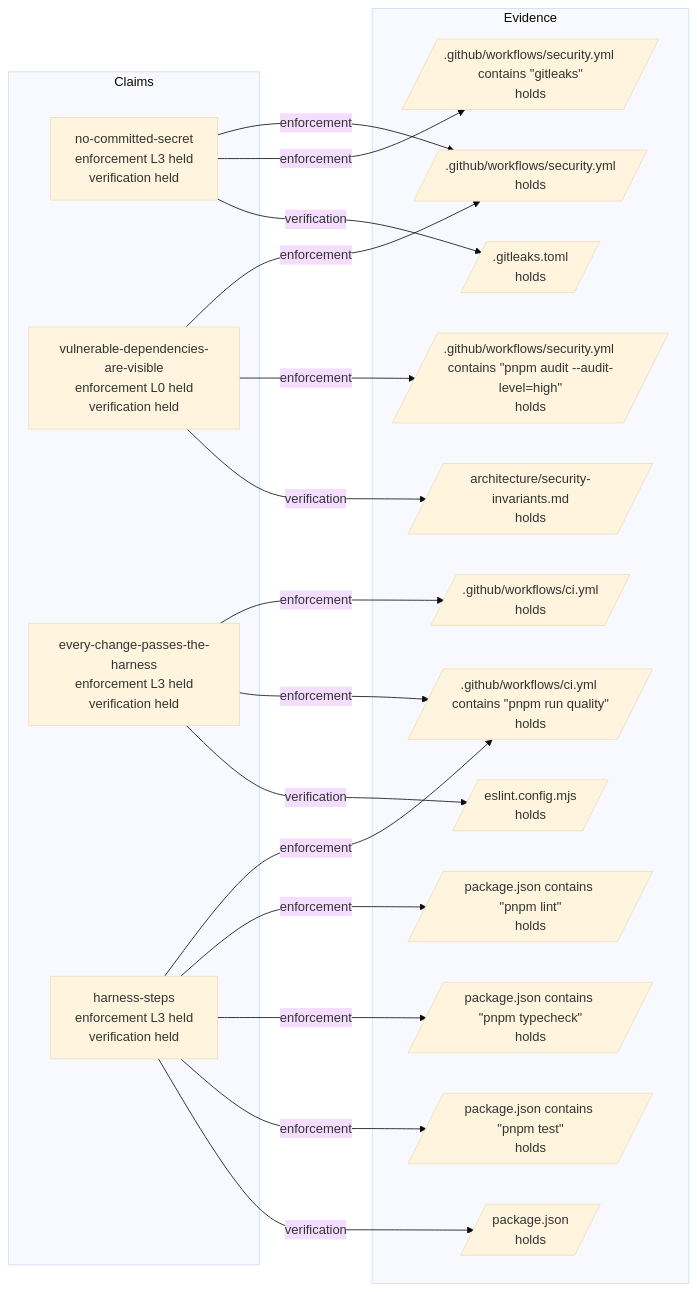
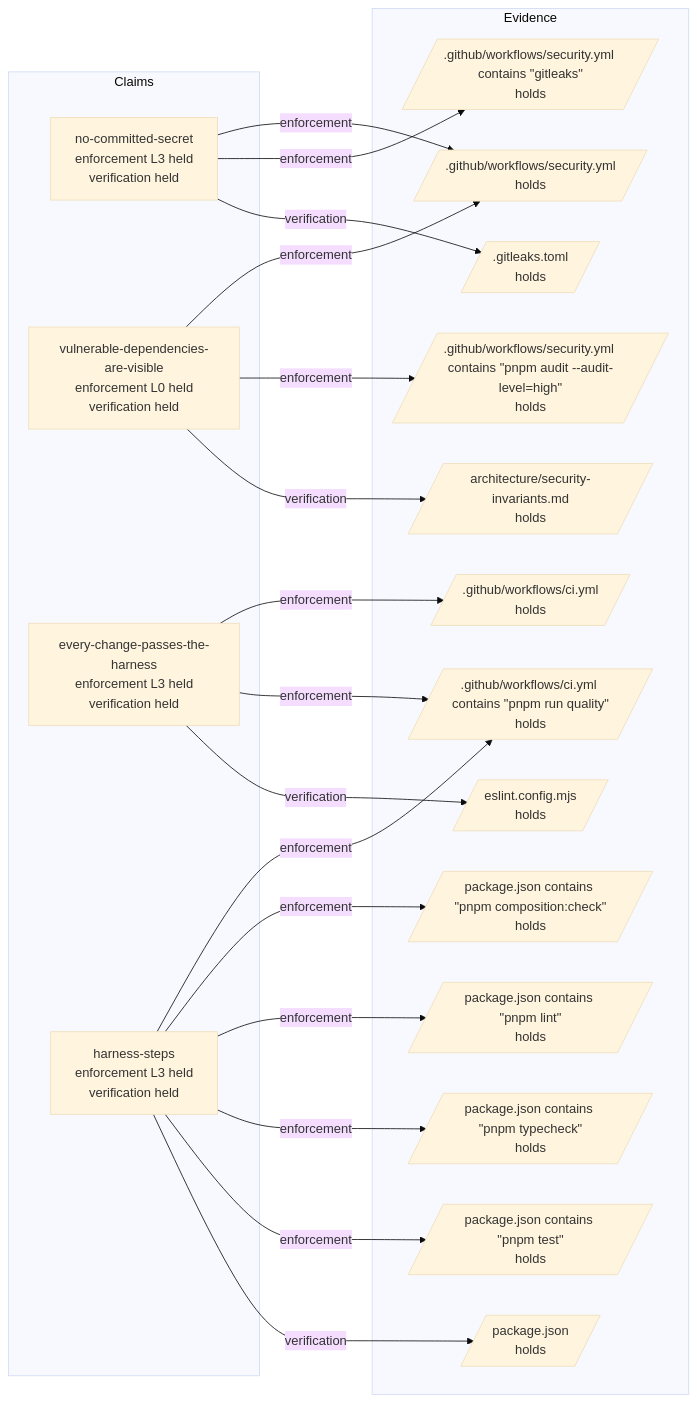
The diagram in architecture/model.md (E1i/mikoshi-construct), drawn with Mermaid (base theme) before and after one commit. The commit also changed other lines of this file and 12 other files, not shown here.

````diff
--- a/architecture/model.md
+++ b/architecture/model.md
@@ -267,37 +268,39 @@
 ```mermaid
 flowchart LR
   subgraph claims["Claims"]
     e_no_committed_secret["no-committed-secret<br/>enforcement L3 held<br/>verification held"]
     e_vulnerable_dependencies_are_visible["vulnerable-dependencies-are-visible<br/>enforcement L0 held<br/>verification held"]
     e_every_change_passes_the_harness["every-change-passes-the-harness<br/>enforcement L3 held<br/>verification held"]
     e_harness_steps["harness-steps<br/>enforcement L3 held<br/>verification held"]
   end
   subgraph evidence["Evidence"]
     f_security_workflow[/".github/workflows/security.yml<br/>holds"/]
     f_security_workflow_runs_gitleaks[/".github/workflows/security.yml contains #quot;gitleaks#quot;<br/>holds"/]
     f_gitleaks_config[/".gitleaks.toml<br/>holds"/]
     f_security_workflow_audits_dependencies[/".github/workflows/security.yml contains #quot;pnpm audit --audit-level=high#quot;<br/>holds"/]
     f_ci_workflow[/".github/workflows/ci.yml<br/>holds"/]
     f_ci_workflow_runs_the_harness[/".github/workflows/ci.yml contains #quot;pnpm run quality#quot;<br/>holds"/]
     f_eslint_config[/"eslint.config.mjs<br/>holds"/]
     f_security_invariants[/"architecture/security-invariants.md<br/>holds"/]
     f_harness_manifest[/"package.json<br/>holds"/]
+    f_harness_script_runs_composition_check[/"package.json contains #quot;pnpm composition:check#quot;<br/>holds"/]
     f_harness_script_runs_lint[/"package.json contains #quot;pnpm lint#quot;<br/>holds"/]
     f_harness_script_runs_typecheck[/"package.json contains #quot;pnpm typecheck#quot;<br/>holds"/]
     f_harness_script_runs_tests[/"package.json contains #quot;pnpm test#quot;<br/>holds"/]
   end
   e_no_committed_secret -->|"enforcement"| f_security_workflow
   e_no_committed_secret -->|"enforcement"| f_security_workflow_runs_gitleaks
   e_no_committed_secret -->|"verification"| f_gitleaks_config
   e_vulnerable_dependencies_are_visible -->|"enforcement"| f_security_workflow
   e_vulnerable_dependencies_are_visible -->|"enforcement"| f_security_workflow_audits_dependencies
   e_vulnerable_dependencies_are_visible -->|"verification"| f_security_invariants
   e_every_change_passes_the_harness -->|"enforcement"| f_ci_workflow
   e_every_change_passes_the_harness -->|"enforcement"| f_ci_workflow_runs_the_harness
   e_every_change_passes_the_harness -->|"verification"| f_eslint_config
   e_harness_steps -->|"enforcement"| f_ci_workflow_runs_the_harness
+  e_harness_steps -->|"enforcement"| f_harness_script_runs_composition_check
   e_harness_steps -->|"enforcement"| f_harness_script_runs_lint
   e_harness_steps -->|"enforcement"| f_harness_script_runs_typecheck
   e_harness_steps -->|"enforcement"| f_harness_script_runs_tests
   e_harness_steps -->|"verification"| f_harness_manifest
 ```
````
